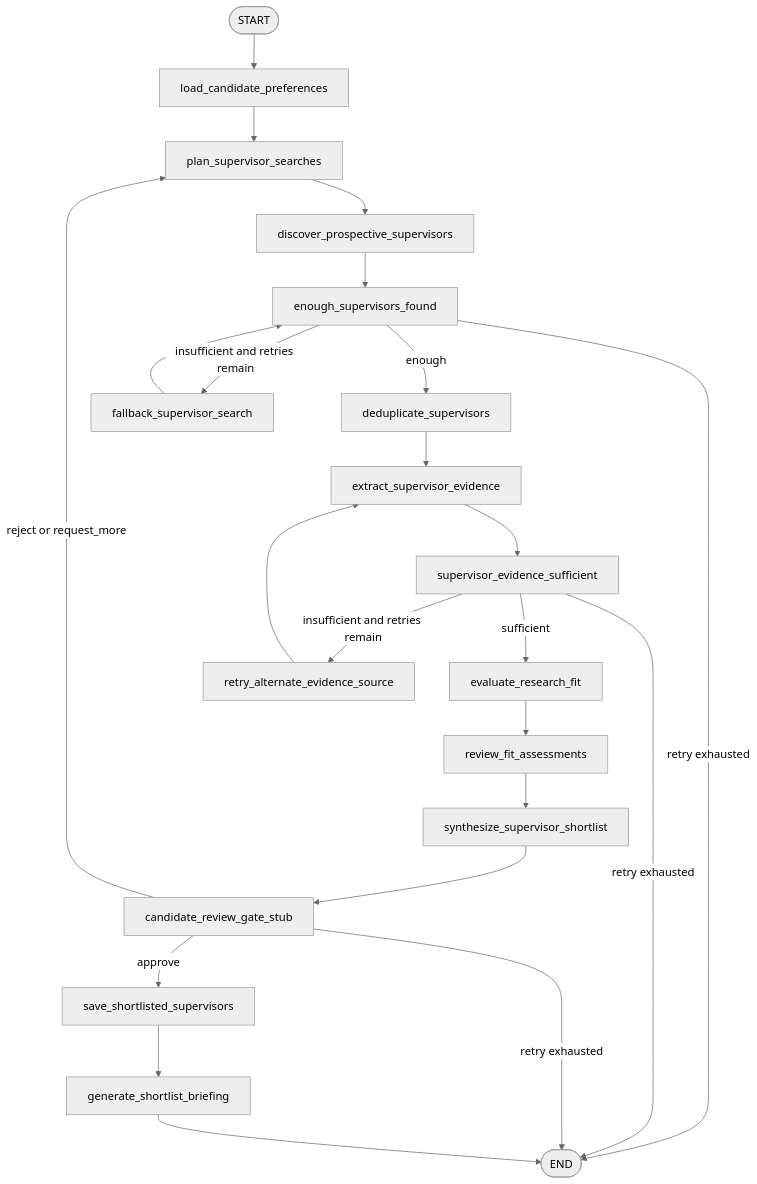
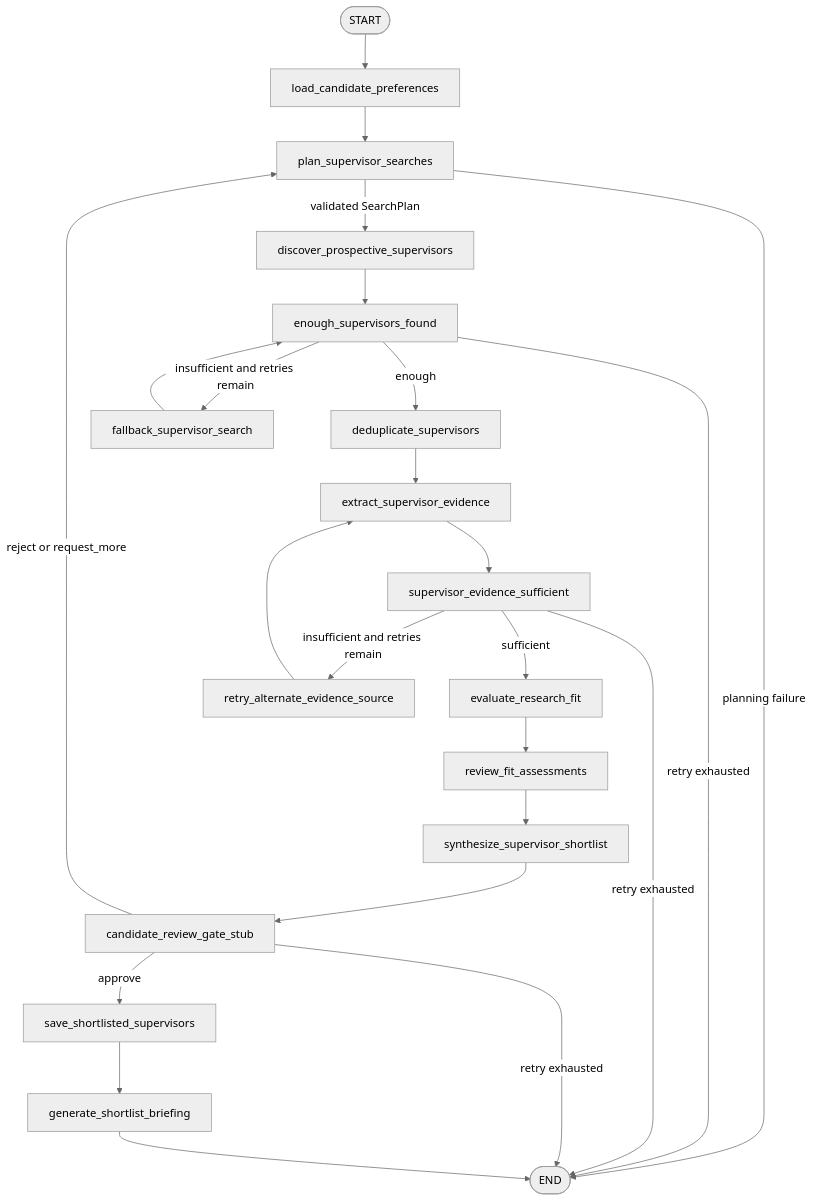
Before and after one commit to shanly-rajan/ai-builder: the second of 4 diagrams in projects/scholar-path/README.md, drawn with Mermaid (neutral theme). The commit also changed other lines of this file and 37 other files, not shown here.

````diff
--- a/projects/scholar-path/README.md
+++ b/projects/scholar-path/README.md
@@ -75,25 +79,26 @@
 ```mermaid
 flowchart TD
     START([START]) --> Load[load_candidate_preferences]
     Load --> Plan[plan_supervisor_searches]
-    Plan --> Discover[discover_prospective_supervisors]
+    Plan -->|validated SearchPlan| Discover[discover_prospective_supervisors]
+    Plan -->|planning failure| END([END])
     Discover --> Found[enough_supervisors_found]
     Found -->|enough| Dedupe[deduplicate_supervisors]
     Found -->|insufficient and retries remain| Fallback[fallback_supervisor_search]
-    Found -->|retry exhausted| END([END])
+    Found -->|retry exhausted| END
     Fallback --> Found
     Dedupe --> Extract[extract_supervisor_evidence]
     Extract --> Evidence[supervisor_evidence_sufficient]
     Evidence -->|sufficient| Evaluate[evaluate_research_fit]
     Evidence -->|insufficient and retries remain| Alternate[retry_alternate_evidence_source]
     Evidence -->|retry exhausted| END
     Alternate --> Extract
     Evaluate --> Review[review_fit_assessments]
     Review --> Synthesize[synthesize_supervisor_shortlist]
     Synthesize --> Gate[candidate_review_gate_stub]
     Gate -->|approve| Save[save_shortlisted_supervisors]
     Gate -->|reject or request_more| Plan
     Gate -->|retry exhausted| END
     Save --> Brief[generate_shortlist_briefing]
     Brief --> END
 ```
````
